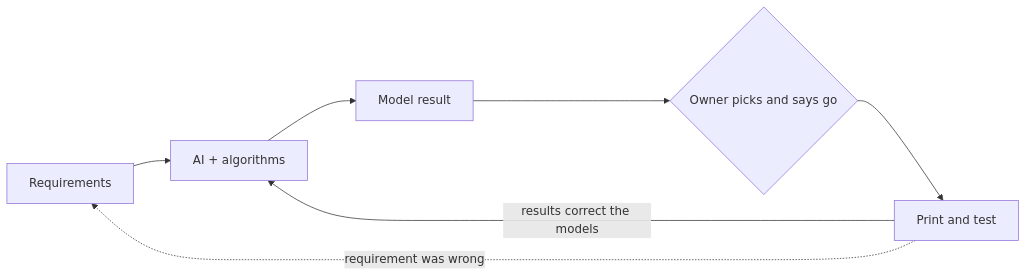
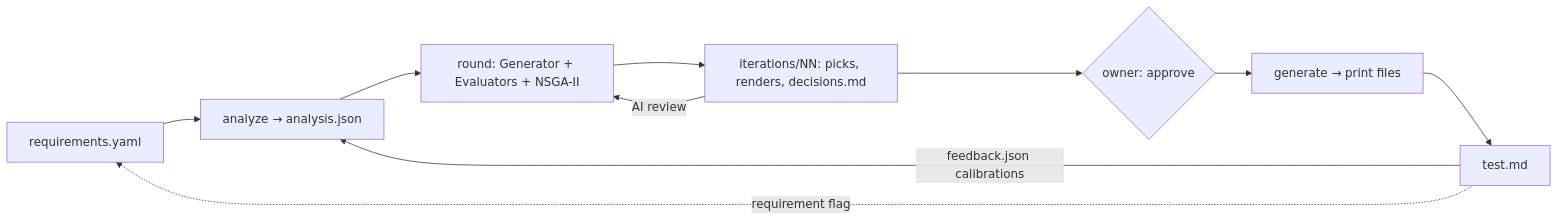
One commit to mayphus/gendesign changed the diagram in docs/ARCHITECTURE.md. Above: the diagram before and after it, drawn with Mermaid. The commit also changed other lines of this file and 136 other files, not shown here.

````diff
--- a/docs/ARCHITECTURE.md
+++ b/docs/ARCHITECTURE.md
@@ -5,9 +5,11 @@
 ```mermaid
 flowchart LR
-    I[Requirements] --> P[AI + algorithms]
-    P --> O[Model result]
-    O --> Y{Owner picks and says go}
-    Y --> T[Print and test]
-    T -- results correct the models --> P
-    T -. requirement was wrong .-> I
+    R[requirements.yaml] --> A[analyze → analysis.json]
+    A --> G[round: Generator + Evaluators + NSGA-II]
+    G --> D[iterations/NN: picks, renders, decisions.md]
+    D -->|AI review| G
+    D --> O{owner: approve}
+    O --> P[generate → print files] --> T[test.md]
+    T -- feedback.json calibrations --> A
+    T -. requirement flag .-> R
 ```
````
